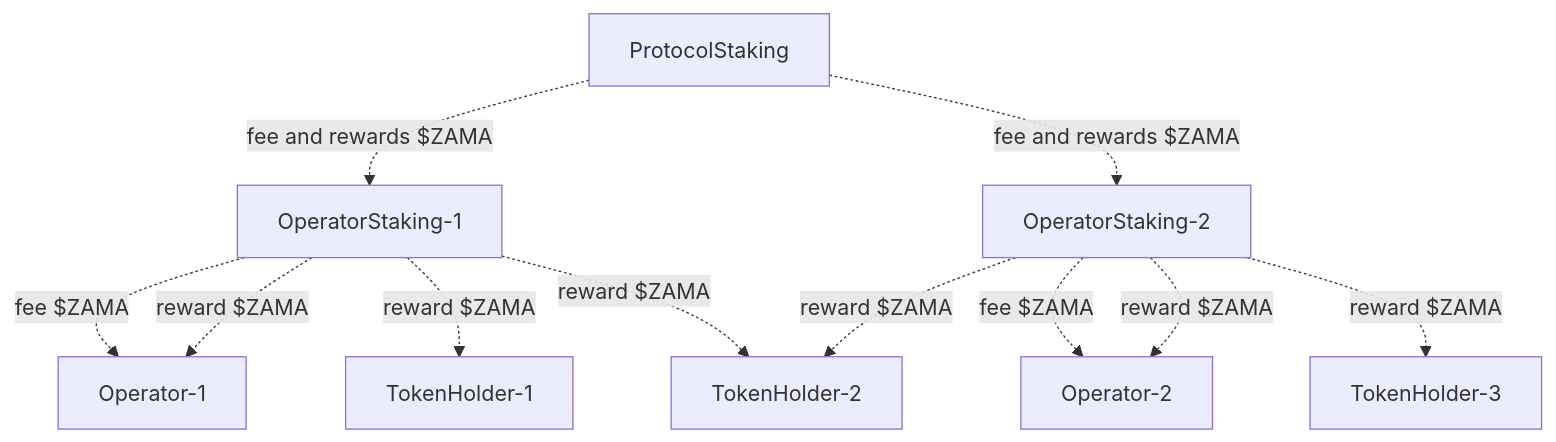
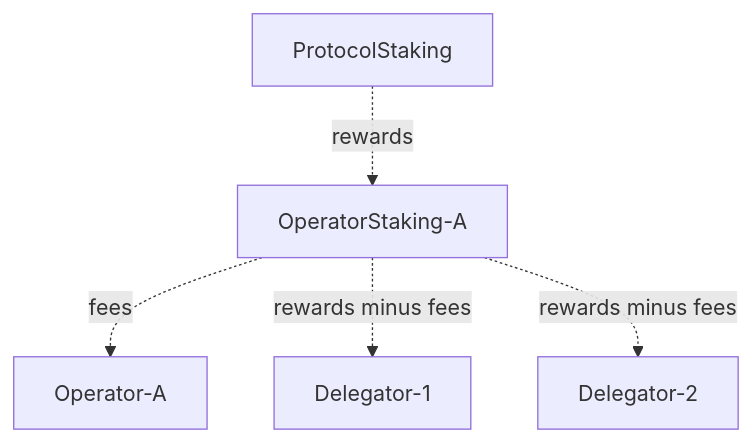
Before and after one commit to zama-ai/protocol-apps: the fourth of 5 diagrams in staking.md, drawn with Mermaid. The commit also changed other lines of this file and 3 other files, not shown here.

````diff
--- a/staking.md
+++ b/staking.md
@@ -91,17 +58,7 @@
 ```mermaid
-
 flowchart TB
-
-    ProtocolStaking -. fee and rewards $ZAMA .-> OperatorStaking-1
-    ProtocolStaking -. fee and rewards $ZAMA.-> OperatorStaking-2
-
-    OperatorStaking-1 -.fee $ZAMA.-> Operator-1
-    OperatorStaking-1 -. reward $ZAMA.-> Operator-1
-    OperatorStaking-1 -. reward $ZAMA.-> TokenHolder-1
-    OperatorStaking-1 -. reward $ZAMA.-> TokenHolder-2
-
-    OperatorStaking-2 -. fee $ZAMA.-> Operator-2
-    OperatorStaking-2 -. reward $ZAMA.-> Operator-2
-    OperatorStaking-2 -. reward $ZAMA.-> TokenHolder-2
-    OperatorStaking-2 -. reward $ZAMA.-> TokenHolder-3
+    ProtocolStaking -. rewards .-> OperatorStaking-A
+    OperatorStaking-A -. fees .-> Operator-A
+    OperatorStaking-A -. rewards minus fees .-> Delegator-1
+    OperatorStaking-A -. rewards minus fees .-> Delegator-2
 ```
````
